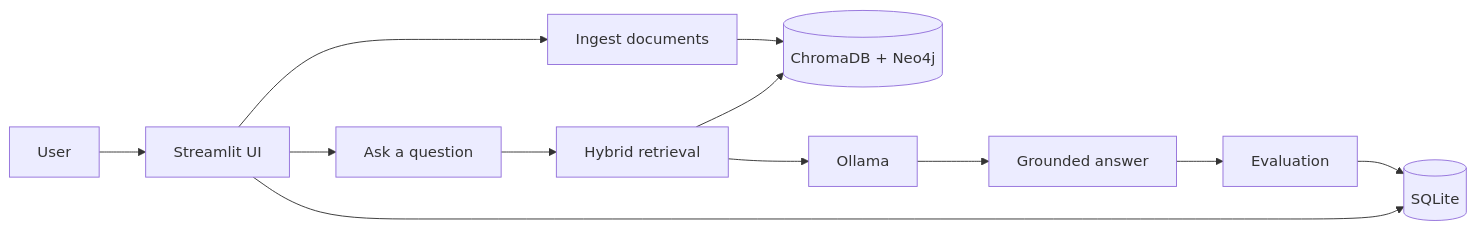
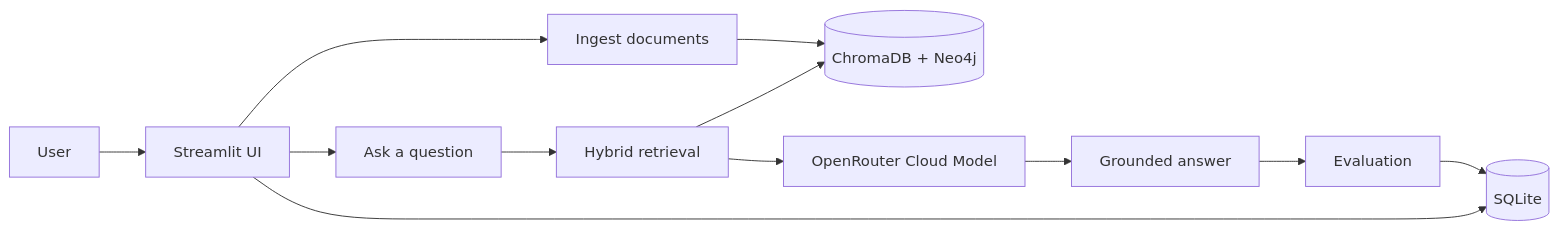
The first of 3 diagrams in README.md (omartt4/AI-project-group), drawn with Mermaid before and after one commit. The commit also changed other lines of this file and 27 other files, not shown here.

Commit message:
redesign graph schema and add cloud model routing

````diff
--- a/README.md
+++ b/README.md
@@ -33,14 +34,14 @@
 ```mermaid
 flowchart LR
     User[User] --> UI[Streamlit UI]
     UI --> Ingest[Ingest documents]
     Ingest --> Stores[(ChromaDB + Neo4j)]
     UI --> Query[Ask a question]
     Query --> Retrieve[Hybrid retrieval]
     Retrieve --> Stores
-    Retrieve --> LLM[Ollama]
+    Retrieve --> LLM[OpenRouter Cloud Model]
     LLM --> Answer[Grounded answer]
     Answer --> Eval[Evaluation]
     Eval --> SQLite[(SQLite)]
     UI --> SQLite
 ```
````
